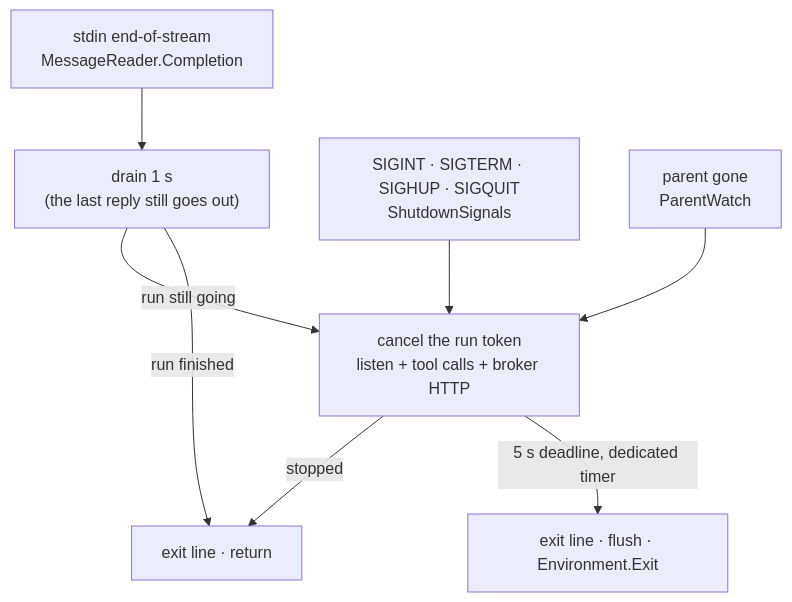
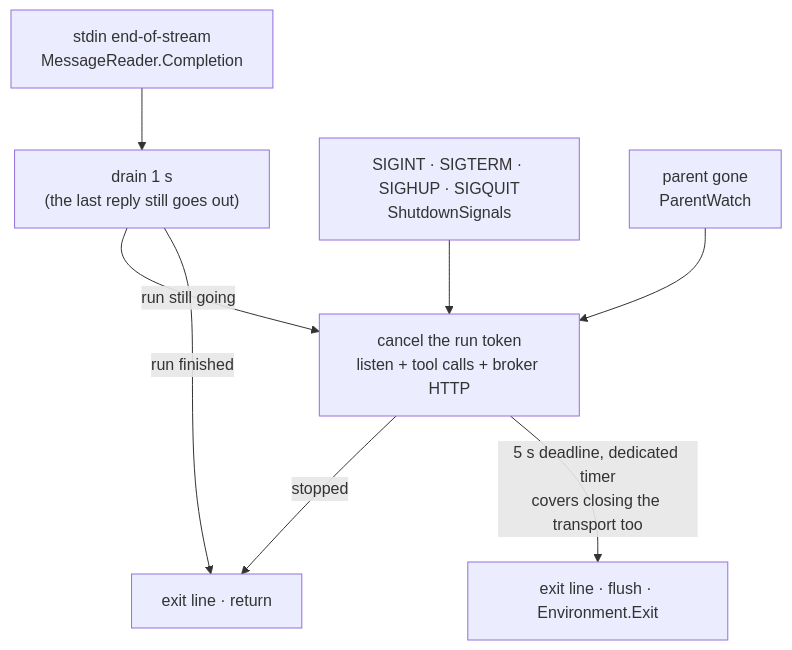
The fourth of 4 diagrams in research/architecture.md (oleksandrdubyna88/dew_flow_creds_for_devs), drawn with Mermaid before and after one commit. The commit also changed other lines of this file and 11 other files, not shown here.

````diff
--- a/research/architecture.md
+++ b/research/architecture.md
@@ -543,10 +543,10 @@
 ```mermaid
 flowchart TB
     eof["stdin end-of-stream<br/>MessageReader.Completion"] --> drain["drain 1 s<br/>(the last reply still goes out)"]
     sig["SIGINT · SIGTERM · SIGHUP · SIGQUIT<br/>ShutdownSignals"] --> cancel
     parent["parent gone<br/>ParentWatch"] --> cancel
     drain -->|run still going| cancel["cancel the run token<br/>listen + tool calls + broker HTTP"]
     drain -->|run finished| done["exit line · return"]
     cancel -->|stopped| done
-    cancel -->|5 s deadline, dedicated timer| forced["exit line · flush · Environment.Exit"]
+    cancel -->|5 s deadline, dedicated timer<br/>covers closing the transport too| forced["exit line · flush · Environment.Exit"]
 ```
````
